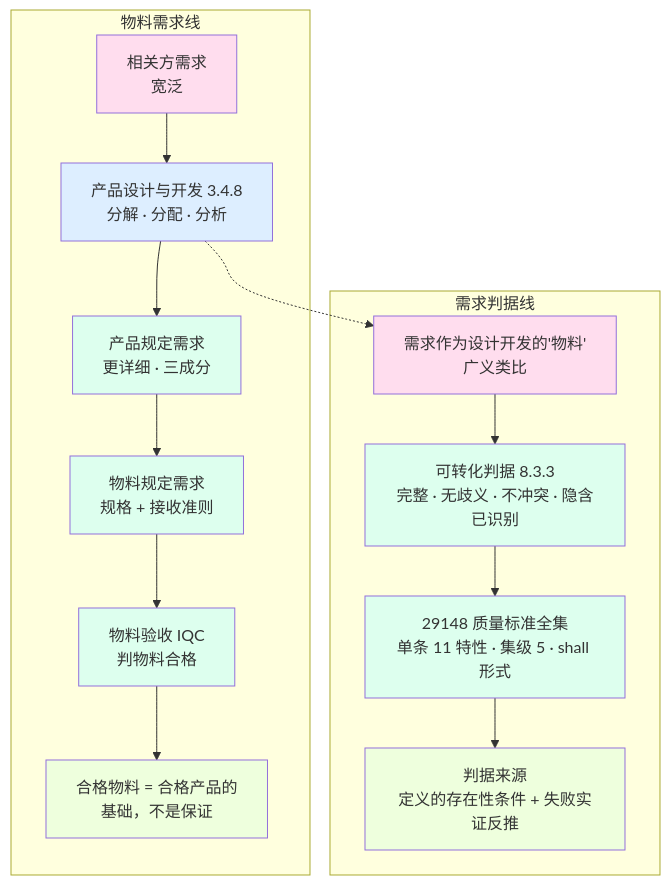
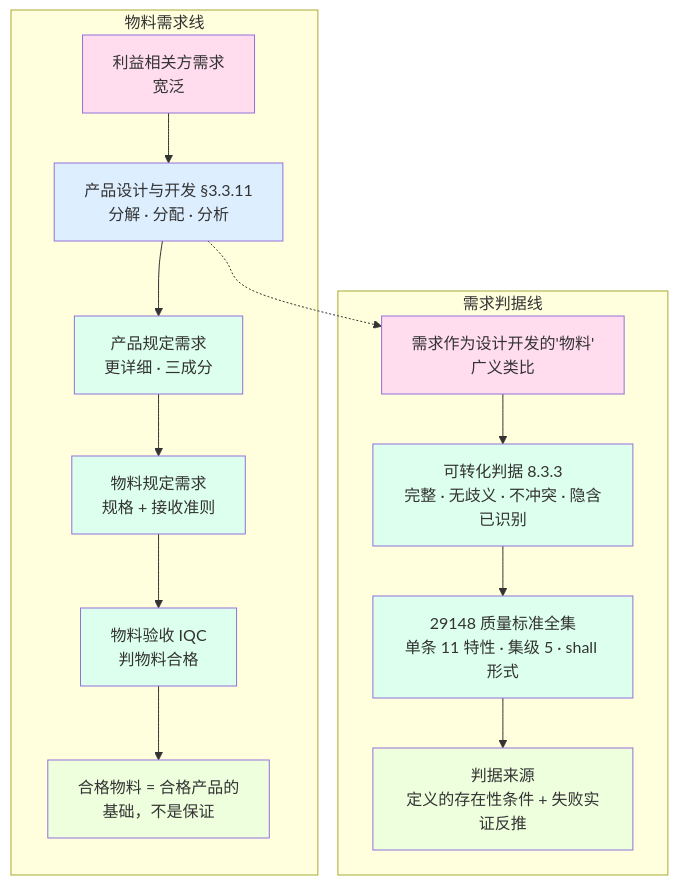
The third of 3 diagrams in 100-subprojects/01-系统工程研究/00-系统工程相关研究报告/19-物料需求与需求判据研究报告-从产品需求到需求的质量判据.md (Yongjunzhou/AOS-system-design), drawn with Mermaid before and after one commit. The commit also changed other lines of this file and 38 other files, not shown here.

````diff
--- a/100-subprojects/01-系统工程研究/00-系统工程相关研究报告/19-物料需求与需求判据研究报告-从产品需求到需求的质量判据.md
+++ b/100-subprojects/01-系统工程研究/00-系统工程相关研究报告/19-物料需求与需求判据研究报告-从产品需求到需求的质量判据.md
@@ -328,26 +336,26 @@
 ```mermaid
 flowchart TD
     subgraph 物料需求线
-        A["相关方需求<br/>宽泛"] --> B["产品设计与开发 3.4.8<br/>分解 · 分配 · 分析"]
+        A["利益相关方需求<br/>宽泛"] --> B["产品设计与开发 §3.3.11<br/>分解 · 分配 · 分析"]
         B --> C["产品规定需求<br/>更详细 · 三成分"]
         C --> D["物料规定需求<br/>规格 + 接收准则"]
         D --> E["物料验收 IQC<br/>判物料合格"]
         E --> F["合格物料 = 合格产品的<br/>基础，不是保证"]
     end
     subgraph 需求判据线
         G["需求作为设计开发的'物料'<br/>广义类比"] --> H["可转化判据 8.3.3<br/>完整 · 无歧义 · 不冲突 · 隐含已识别"]
         H --> I["29148 质量标准全集<br/>单条 11 特性 · 集级 5 · shall 形式"]
         I --> J["判据来源<br/>定义的存在性条件 + 失败实证反推"]
     end
     B -.-> G
     style A fill:#fde
     style B fill:#def
     style C fill:#dfe
     style D fill:#dfe
     style E fill:#dfe
     style F fill:#efd
     style G fill:#fde
     style H fill:#dfe
     style I fill:#dfe
     style J fill:#efd
 ```
````
